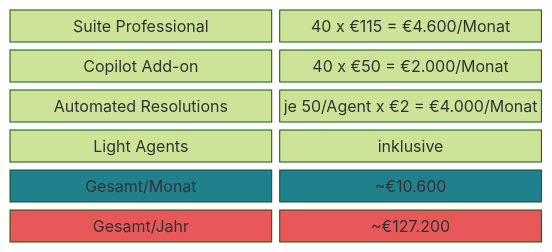
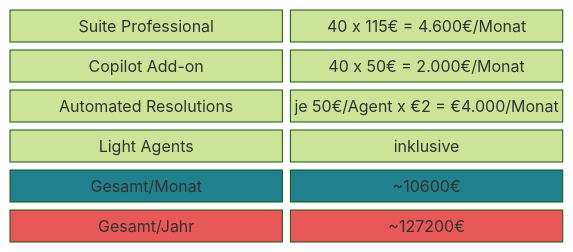
Before and after one commit to tekknix/zendesk-ai: the second of 11 diagrams in readme.md, drawn with Mermaid (forest theme). The commit also changed other lines of this file, not shown here.

````diff
--- a/readme.md
+++ b/readme.md
@@ -26,15 +26,15 @@
 ```mermaid
 block-beta
     columns 2
-    A["Suite Professional"]:1 B["40 x €115 = €4.600/Monat"]:1
-    C["Copilot Add-on"]:1 D["40 x €50 = €2.000/Monat"]:1
-    E["Automated Resolutions"]:1 F["je 50/Agent x €2 = €4.000/Monat"]:1
+    A["Suite Professional"]:1 B["40 x 115€ = 4.600€/Monat"]:1
+    C["Copilot Add-on"]:1 D["40 x 50€ = 2.000€/Monat"]:1
+    E["Automated Resolutions"]:1 F["je 50€/Agent x €2 = €4.000/Monat"]:1
     G["Light Agents"]:1 H["inklusive"]:1
-    I["Gesamt/Monat"]:1 J["~€10.600"]:1
-    K["Gesamt/Jahr"]:1 L["~€127.200"]:1
+    I["Gesamt/Monat"]:1 J["~10600€"]:1
+    K["Gesamt/Jahr"]:1 L["~127200€"]:1
 
     style I fill:#20808D,color:#fff
     style J fill:#20808D,color:#fff
     style K fill:#E85858,color:#fff
     style L fill:#E85858,color:#fff
 ```
````
